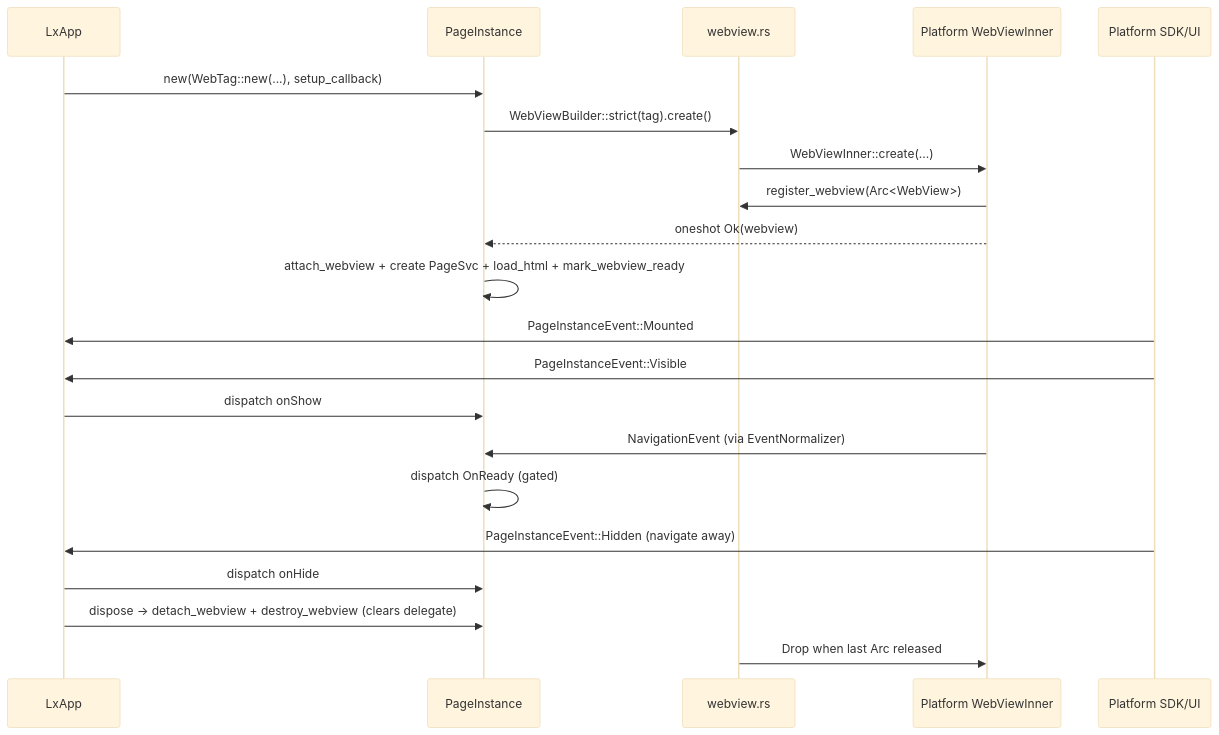
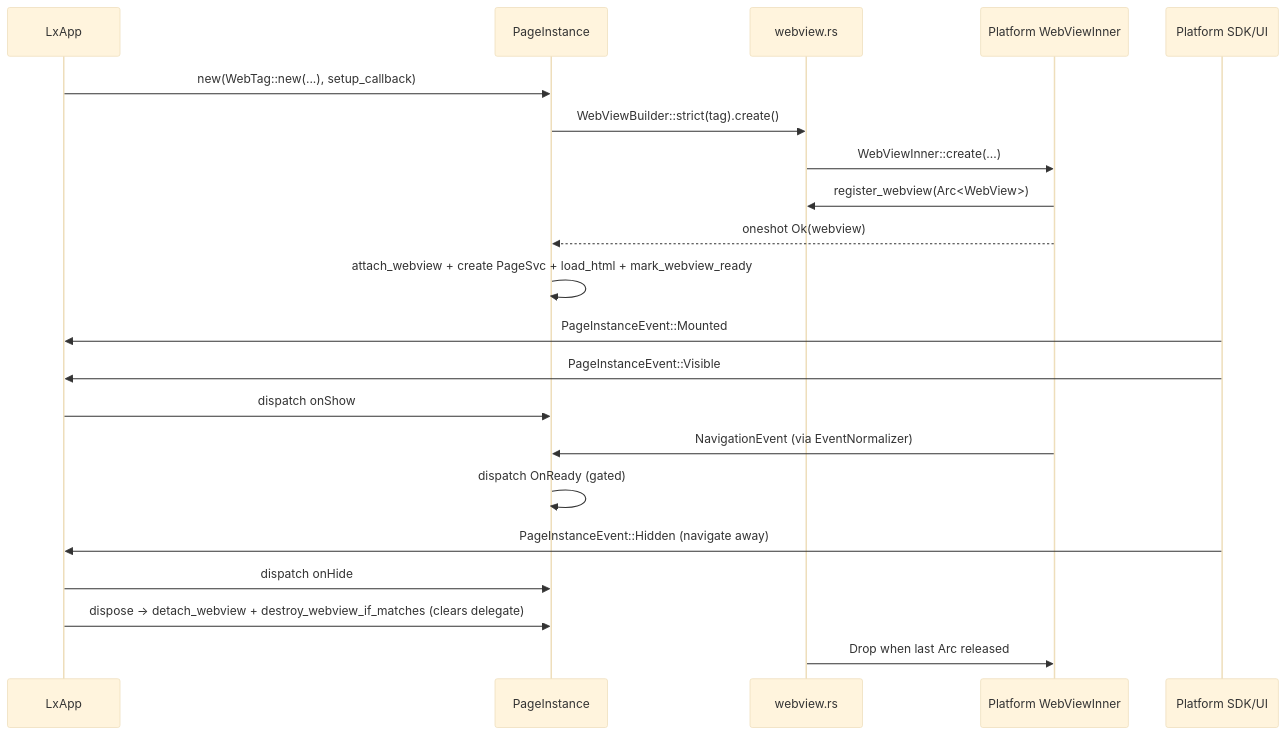
The first of 5 diagrams in docs/internal/webview-lifecycle.md (LingXia-Dev/LingXia), drawn with Mermaid (base theme) before and after one commit. The commit also changed other lines of this file and 30 other files, not shown here.

````diff
--- a/docs/internal/webview-lifecycle.md
+++ b/docs/internal/webview-lifecycle.md
@@ -817,24 +821,24 @@
 ```mermaid
 sequenceDiagram
   participant LxApp
   participant Page as PageInstance
   participant Core as webview.rs
   participant Backend as Platform WebViewInner
   participant SDK as Platform SDK/UI
 
   LxApp->>Page: new(WebTag::new(...), setup_callback)
   Page->>Core: WebViewBuilder::strict(tag).create()
   Core->>Backend: WebViewInner::create(...)
   Backend->>Core: register_webview(Arc<WebView>)
   Backend-->>Page: oneshot Ok(webview)
   Page->>Page: attach_webview + create PageSvc + load_html + mark_webview_ready
   SDK->>LxApp: PageInstanceEvent::Mounted
   SDK->>LxApp: PageInstanceEvent::Visible
   LxApp->>Page: dispatch onShow
   Backend->>Page: NavigationEvent (via EventNormalizer)
   Page->>Page: dispatch OnReady (gated)
   SDK->>LxApp: PageInstanceEvent::Hidden (navigate away)
   LxApp->>Page: dispatch onHide
-  LxApp->>Page: dispose → detach_webview + destroy_webview (clears delegate)
+  LxApp->>Page: dispose → detach_webview + destroy_webview_if_matches (clears delegate)
   Core->>Backend: Drop when last Arc released
 ```
````
